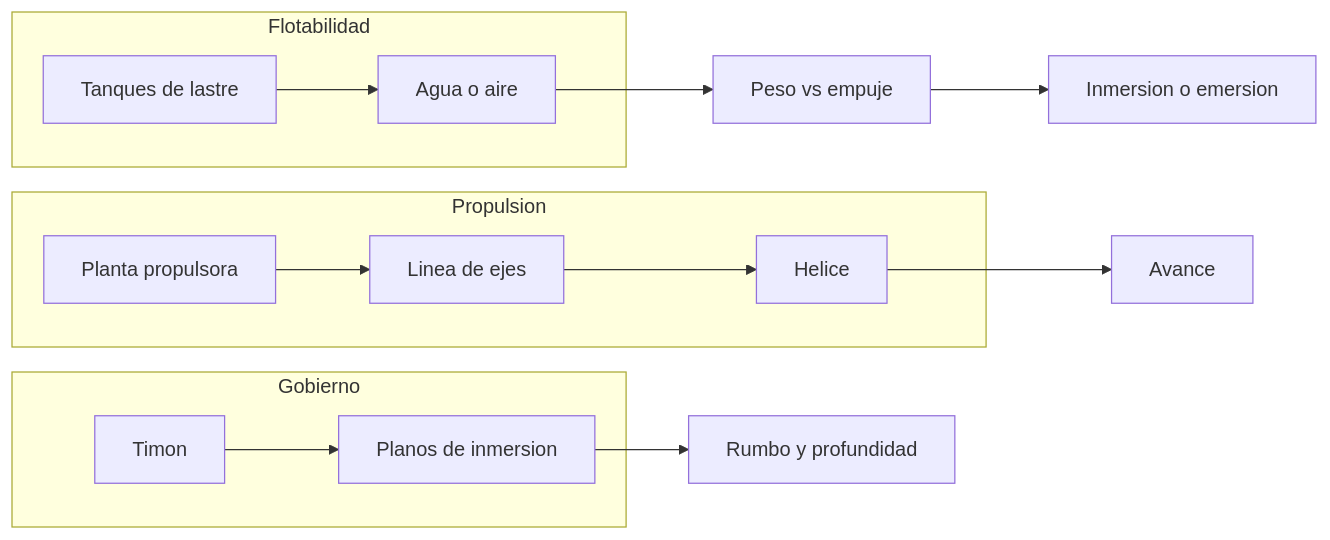
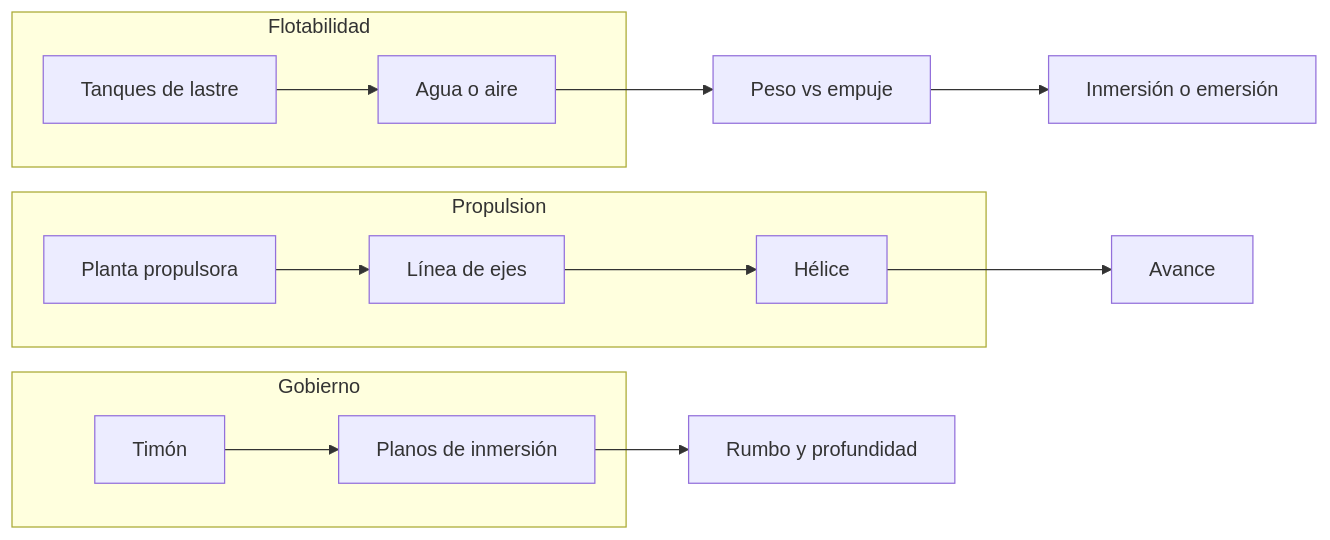
Before and after one commit to vladimiracunadev-create/machine-operator-program: the first of 2 diagrams in vehiculos/submarinos/operacion/sistemas-mecanicos-submarino.md, drawn with Mermaid. The commit also changed other lines of this file and 442 other files, not shown here.

````diff
--- a/vehiculos/submarinos/operacion/sistemas-mecanicos-submarino.md
+++ b/vehiculos/submarinos/operacion/sistemas-mecanicos-submarino.md
@@ -10,16 +10,16 @@
 ```mermaid
 flowchart LR
     subgraph Flotabilidad
         Ta[Tanques de lastre] --> Ag[Agua o aire]
     end
     subgraph Propulsion
-        M[Planta propulsora] --> Ej[Linea de ejes] --> H[Helice]
+        M[Planta propulsora] --> Ej[Línea de ejes] --> H[Hélice]
     end
     subgraph Gobierno
-        Ti[Timon] --> Pl[Planos de inmersion]
+        Ti[Timón] --> Pl[Planos de inmersión]
     end
     Ag --> Peso[Peso vs empuje]
-    Peso --> Inmersion[Inmersion o emersion]
+    Peso --> Inmersion[Inmersión o emersión]
     H --> Empuje[Avance]
     Pl --> Profundidad[Rumbo y profundidad]
 ```
````
